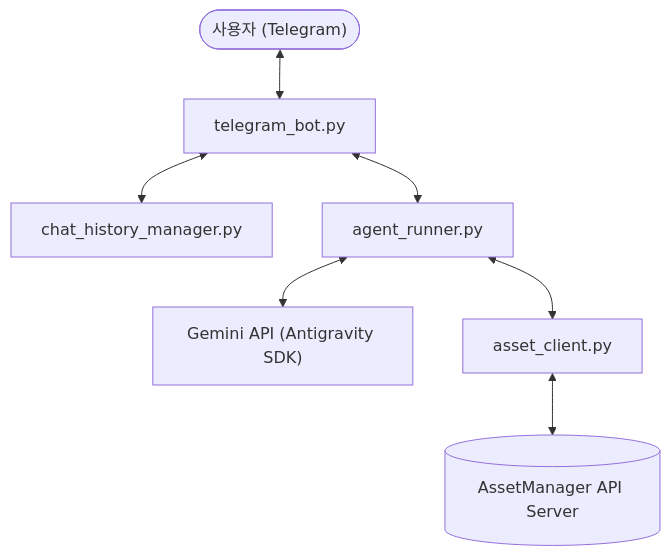
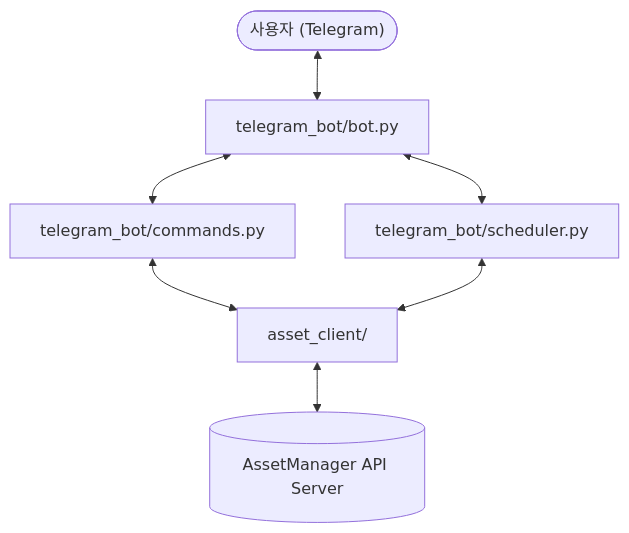
The diagram in README.md (june8193/Asset-jun-bot), drawn with Mermaid before and after one commit. The commit also changed other lines of this file and 15 other files, not shown here.

Commit message:
refactor(agent): Gemini API 및 대화 기능 제거, 텔레그램 봇 CLI/스케줄러 전용 경량화

````diff
--- a/README.md
+++ b/README.md
@@ -102,9 +105,9 @@
 ```mermaid
 graph TD
-    User(["사용자 (Telegram)"]) <--> TelegramBot["telegram_bot.py"]
-    TelegramBot <--> ChatHistory["chat_history_manager.py"]
-    TelegramBot <--> AgentRunner["agent_runner.py"]
-    AgentRunner <--> GeminiAPI["Gemini API (Antigravity SDK)"]
-    AgentRunner <--> AssetClient["asset_client.py"]
+    User(["사용자 (Telegram)"]) <--> TelegramBot["telegram_bot/bot.py"]
+    TelegramBot <--> CLICommandHandler["telegram_bot/commands.py"]
+    TelegramBot <--> TelegramScheduler["telegram_bot/scheduler.py"]
+    CLICommandHandler <--> AssetClient["asset_client/"]
+    TelegramScheduler <--> AssetClient
     AssetClient <--> AssetManagerAPI[(AssetManager API Server)]
 ```
````
